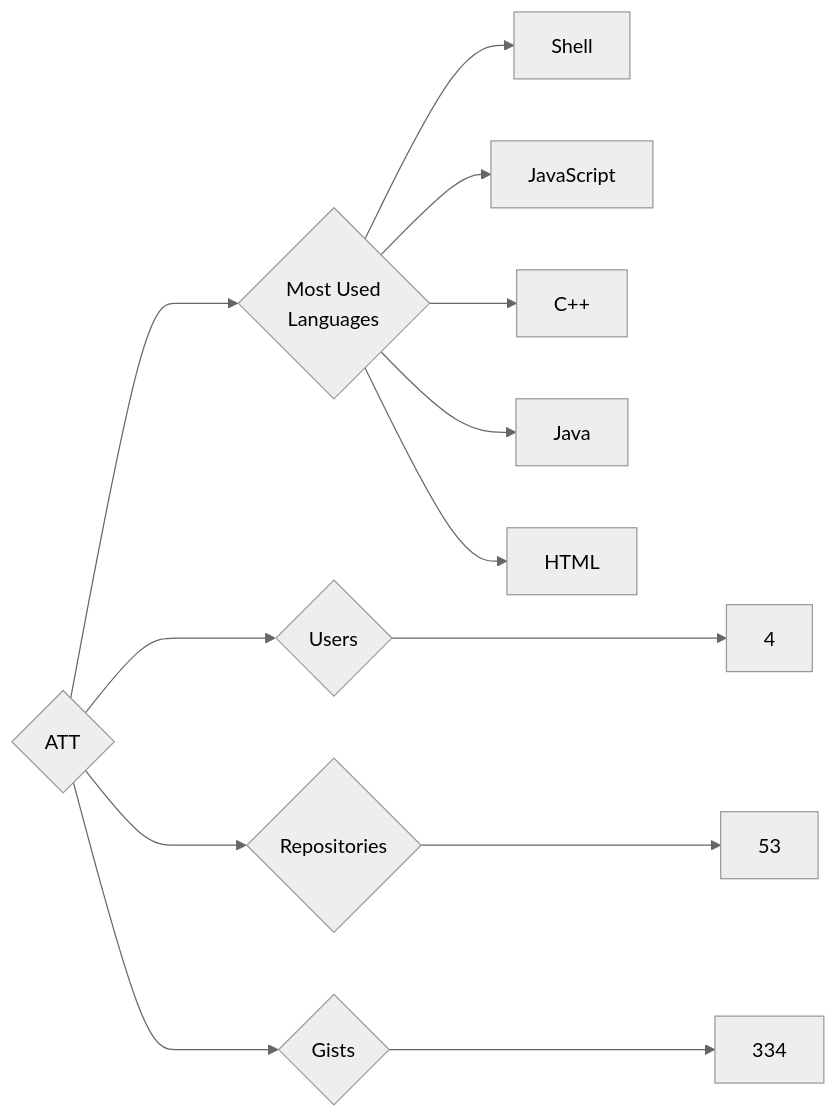
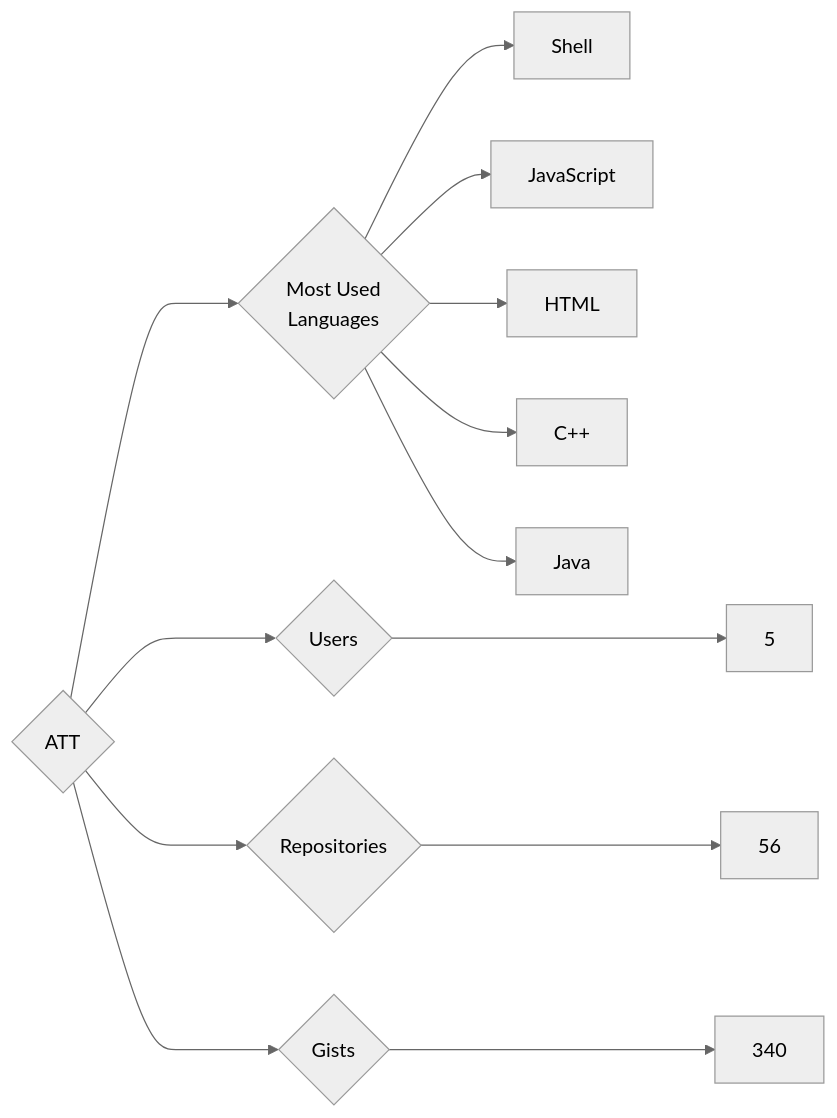
The diagram in targets/ATT/README.md (trickest/insiders), drawn with Mermaid (neutral theme) before and after one commit. The commit also changed 861 other files, not shown here.

````diff
--- a/targets/ATT/README.md
+++ b/targets/ATT/README.md
@@ -3,13 +3,13 @@
 ```mermaid
 graph LR
 COMPANY_NAME{ATT}
-COMPANY_NAME ---> U{Users} ---> UN[4]
-COMPANY_NAME ---> R{Repositories} ---> RN[53]
-COMPANY_NAME ---> G{Gists} ---> GN[334]
+COMPANY_NAME ---> U{Users} ---> UN[5]
+COMPANY_NAME ---> R{Repositories} ---> RN[56]
+COMPANY_NAME ---> G{Gists} ---> GN[340]
 COMPANY_NAME ---> ML{Most Used<br>Languages}
 ML --> Shell[Shell]
 ML --> JavaScript[JavaScript]
+ML --> HTML[HTML]
 ML --> C++[C++]
 ML --> Java[Java]
-ML --> HTML[HTML]
 ```
````
